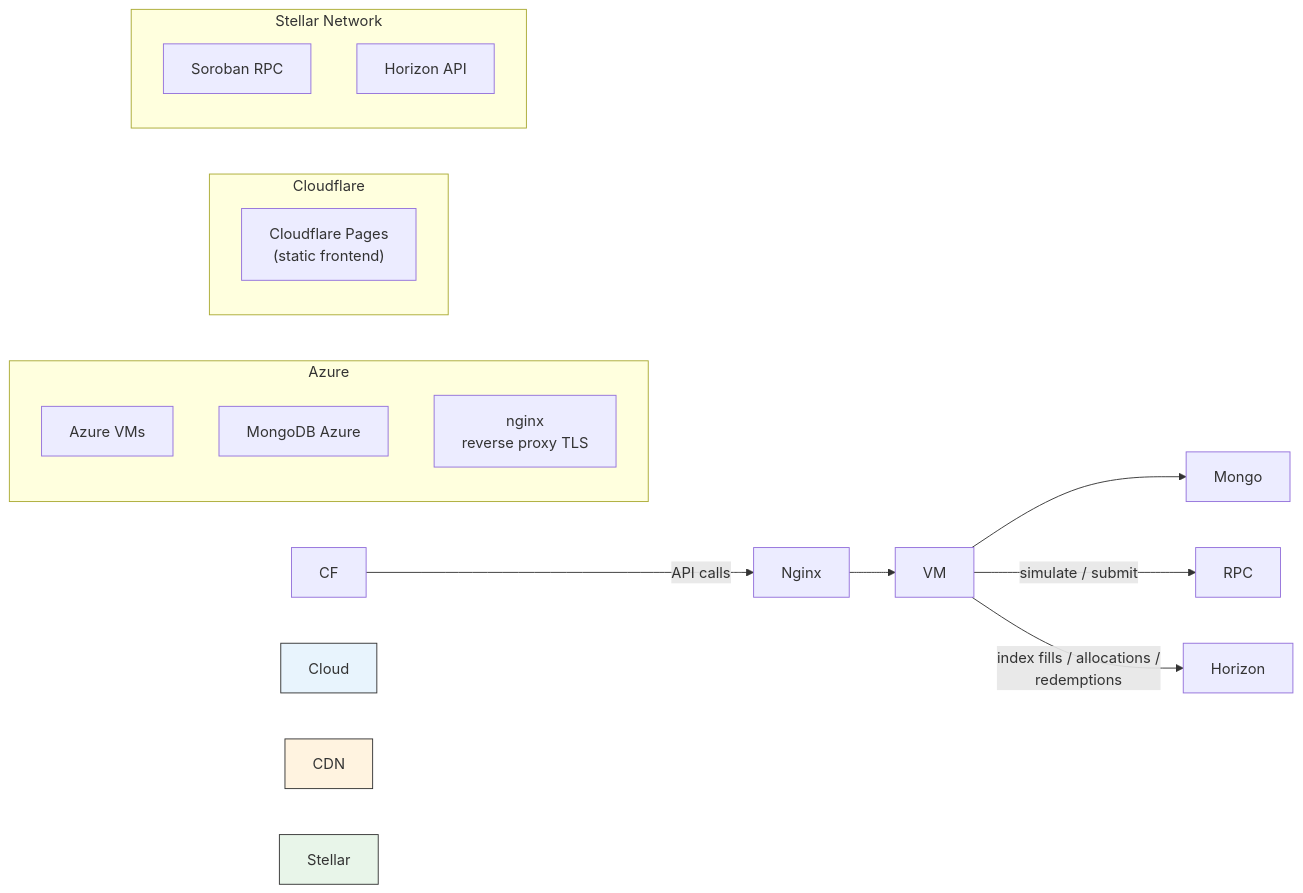
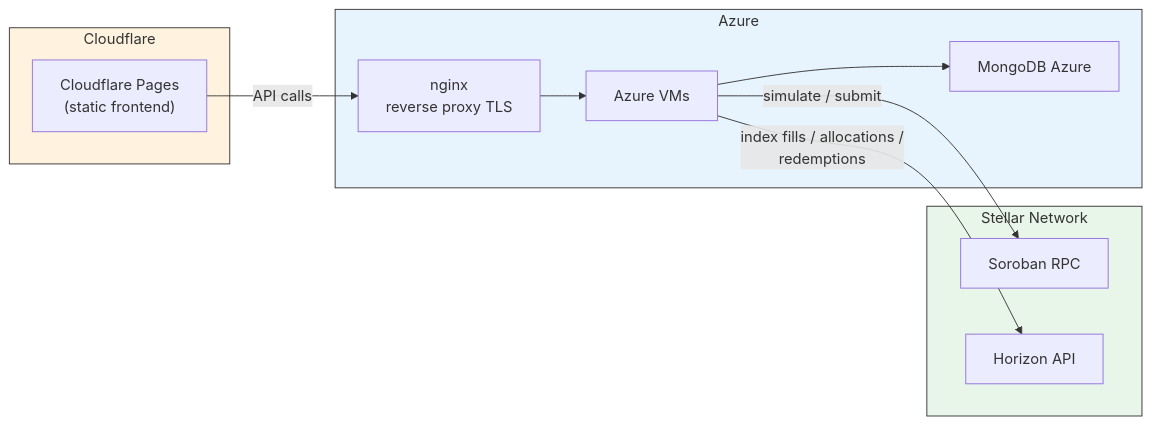
The seventh of 8 diagrams in docs/TECHNICAL_ARCHITECTURE.md (mystic-finance/Stellar-RFQ), drawn with Mermaid before and after one commit. The commit also changed other lines of this file, not shown here.

````diff
--- a/docs/TECHNICAL_ARCHITECTURE.md
+++ b/docs/TECHNICAL_ARCHITECTURE.md
@@ -445,27 +431,27 @@
 ```mermaid
 graph LR
-    subgraph Cloud\\\["Azure"]
-        VM\\\["Azure VMs"]
-        Mongo\\\["MongoDB Azure"]
-        Nginx\\\["nginx<br/>reverse proxy TLS"]
+    subgraph Cloud["Azure"]
+        VM["Azure VMs"]
+        Mongo["MongoDB Azure"]
+        Nginx["nginx<br/>reverse proxy TLS"]
     end
 
-    subgraph CDN\\\["Cloudflare"]
-        CF\\\["Cloudflare Pages<br/>(static frontend)"]
+    subgraph CDN["Cloudflare"]
+        CF["Cloudflare Pages<br/>(static frontend)"]
     end
 
-    subgraph Stellar\\\["Stellar Network"]
-        RPC\\\["Soroban RPC"]
-        Horizon\\\["Horizon API"]
+    subgraph Stellar["Stellar Network"]
+        RPC["Soroban RPC"]
+        Horizon["Horizon API"]
     end
 
     CF -->|"API calls"| Nginx
     Nginx --> VM
     VM --> Mongo
     VM -->|"simulate / submit"| RPC
     VM -->|"index fills / allocations /<br/>redemptions"| Horizon
 
     style Cloud fill:#e8f4fd,stroke:#333
     style CDN fill:#fff3e0,stroke:#333
     style Stellar fill:#e8f5e9,stroke:#333
 ```
````
